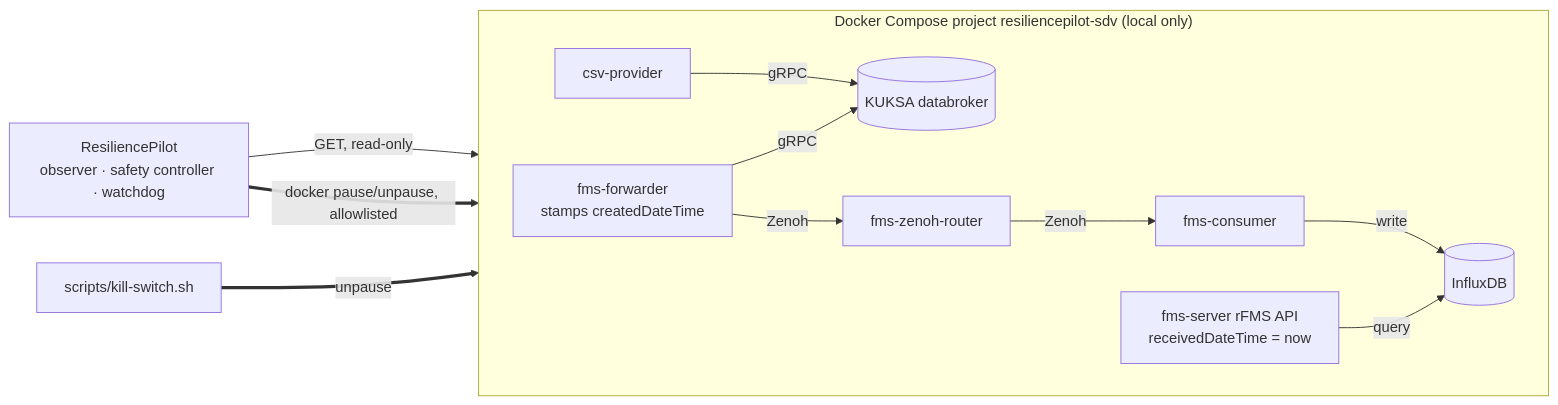
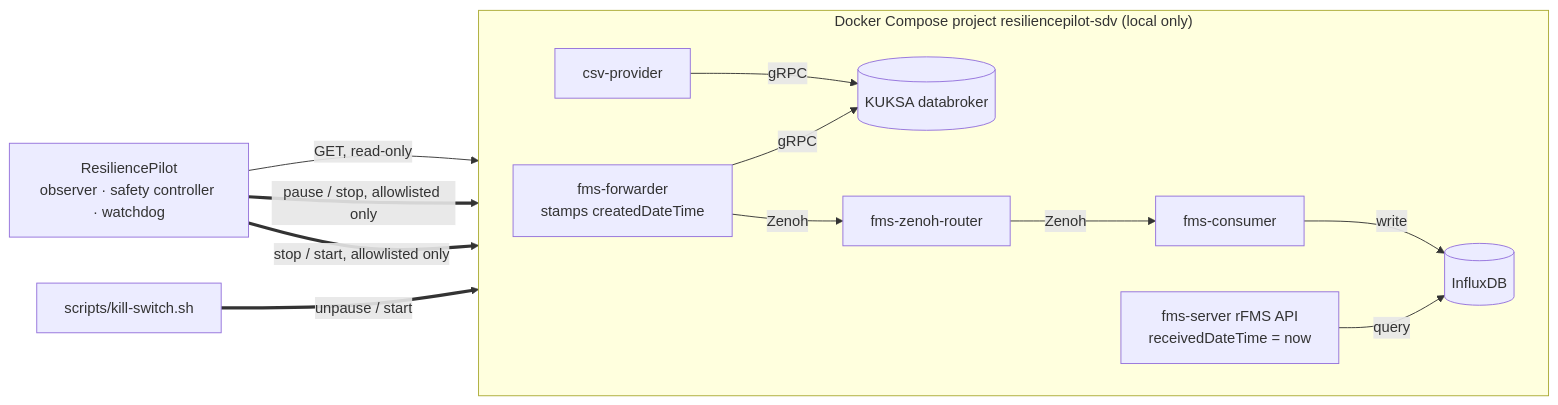
One commit to Anshu-raj-co/ResiliencePilot changed the diagram in README.md. Above: the diagram before and after it, drawn with Mermaid. The commit also changed other lines of this file and 4 other files, not shown here.

Commit message:
Submission pack: final README, architecture overview, 3-min demo script, team form info

````diff
--- a/README.md
+++ b/README.md
@@ -19,14 +42,15 @@
 ```mermaid
 flowchart LR
   subgraph sandbox["Docker Compose project resiliencepilot-sdv (local only)"]
     direction LR
     CSV[csv-provider] -->|gRPC| DB[(KUKSA databroker)]
     FWD[fms-forwarder<br/>stamps createdDateTime] -->|gRPC| DB
     FWD -->|Zenoh| ZR[fms-zenoh-router] -->|Zenoh| CON[fms-consumer]
     CON -->|write| IDB[(InfluxDB)]
     SRV[fms-server rFMS API<br/>receivedDateTime = now] -->|query| IDB
   end
   RP[ResiliencePilot<br/>observer · safety controller · watchdog] -->|GET, read-only| SRV
-  RP ==>|docker pause/unpause, allowlisted| FWD
-  KS[scripts/kill-switch.sh] ==>|unpause| FWD
+  RP ==>|pause / stop, allowlisted only| FWD
+  RP ==>|stop / start, allowlisted only| IDB
+  KS[scripts/kill-switch.sh] ==>|unpause / start| FWD
 ```
````
